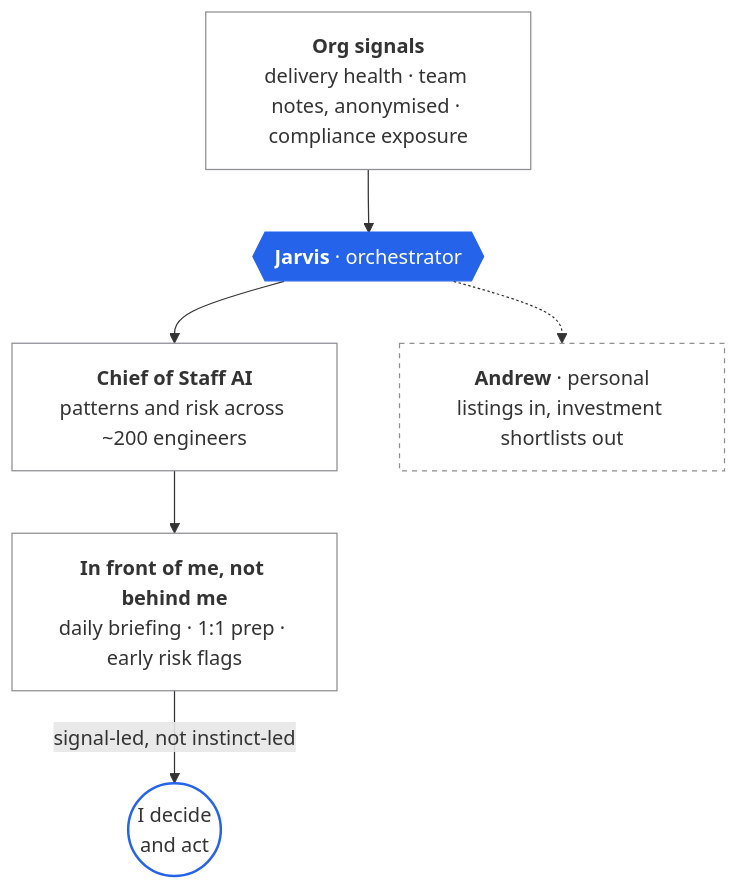
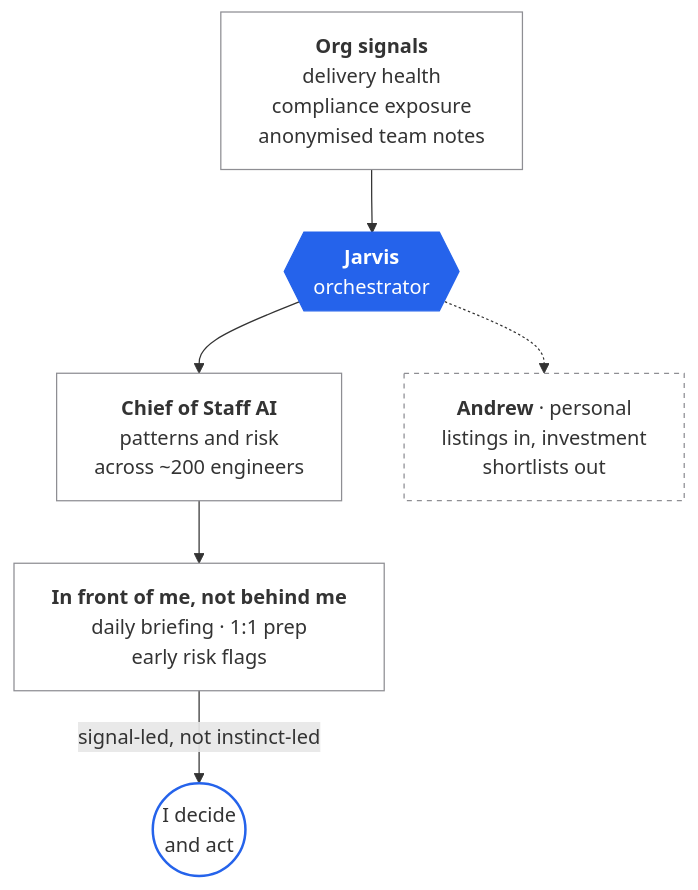
Before and after one commit to paul-southall/paul-southall: the diagram in README.md, drawn with Mermaid.

Commit message:
Tighten diagram labels so boxes stay compact on GitHub

````diff
--- a/README.md
+++ b/README.md
@@ -34,21 +34,22 @@
 ```mermaid
+%%{init: {"flowchart": {"wrappingWidth": 320}}}%%
 flowchart TB
-    signals["<b>Org signals</b><br/>delivery health · team notes, anonymised · compliance exposure"]
-    jarvis{{"<b>Jarvis</b> · orchestrator"}}
-    cos["<b>Chief of Staff AI</b><br/>patterns and risk across ~200 engineers"]
-    front["<b>In front of me, not behind me</b><br/>daily briefing · 1:1 prep · early risk flags"]
+    signals["<b>Org signals</b><br/>delivery health<br/>compliance exposure<br/>anonymised team notes"]
+    jarvis{{"<b>Jarvis</b><br/>orchestrator"}}
+    cos["<b>Chief of Staff AI</b><br/>patterns and risk<br/>across ~200 engineers"]
+    front["<b>In front of me, not behind me</b><br/>daily briefing · 1:1 prep<br/>early risk flags"]
     me(("I decide<br/>and act"))
-    andrew["<b>Andrew</b> · personal<br/>listings in, investment shortlists out"]
+    andrew["<b>Andrew</b> · personal<br/>listings in, investment<br/>shortlists out"]
 
     signals --> jarvis --> cos --> front
     front -- "signal-led, not instinct-led" --> me
     jarvis -.-> andrew
 
     classDef default fill:transparent,stroke:#8E8E93,stroke-width:1px
     classDef hub fill:#2563EB,stroke:#2563EB,color:#FFFFFF
     classDef human fill:transparent,stroke:#2563EB,stroke-width:2px
     classDef side fill:transparent,stroke:#8E8E93,stroke-width:1px,stroke-dasharray:4 4
     class jarvis hub
     class me human
     class andrew side
 ```
````
